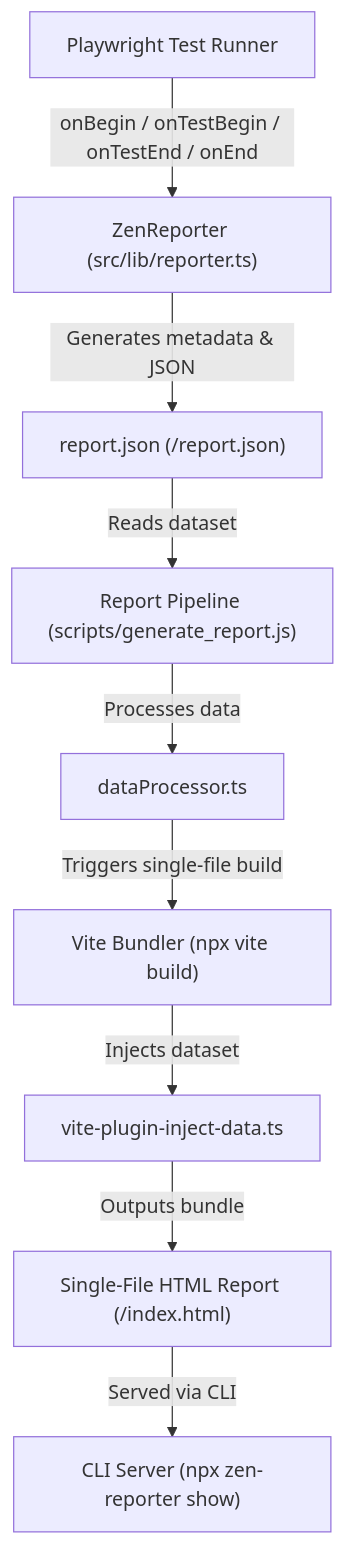
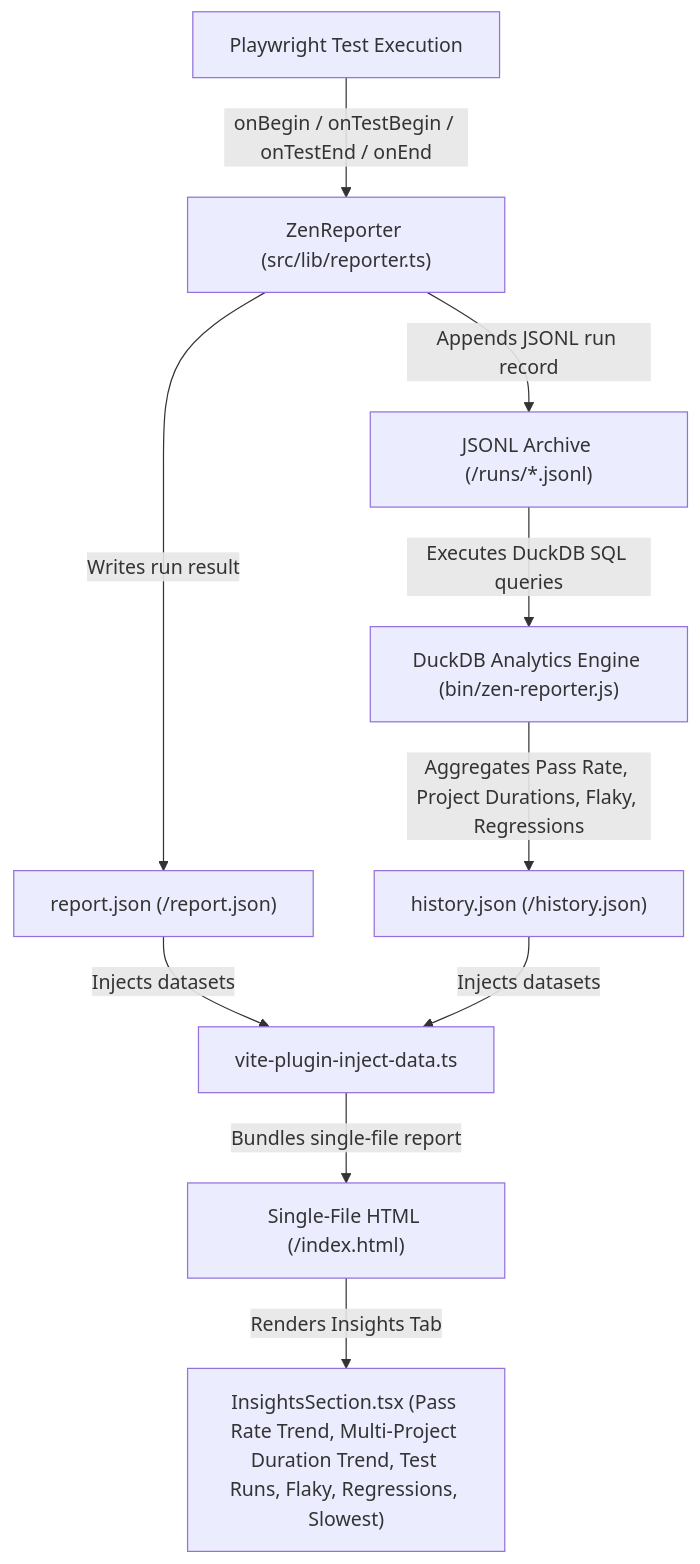
One commit to apatelia/zen-reporter changed the diagram in docs/architecture.md. Above: the diagram before and after it, drawn with Mermaid. The commit also changed other lines of this file and 62 other files, not shown here.

````diff
--- a/docs/architecture.md
+++ b/docs/architecture.md
@@ -55,11 +85,11 @@
 ```mermaid
 flowchart TD
-    A["Playwright Test Runner"] -->|onBegin / onTestBegin / onTestEnd / onEnd| B["ZenReporter (src/lib/reporter.ts)"]
-    B -->|Generates metadata & JSON| C["report.json (<outputDir>/report.json)"]
-    C -->|Reads dataset| D["Report Pipeline (scripts/generate_report.js)"]
-    D -->|Processes data| E["dataProcessor.ts"]
-    E -->|Triggers single-file build| F["Vite Bundler (npx vite build)"]
-    F -->|Injects dataset| G["vite-plugin-inject-data.ts"]
-    G -->|Outputs bundle| H["Single-File HTML Report (<outputDir>/index.html)"]
-    H -->|Served via CLI| I["CLI Server (npx zen-reporter show)"]
+    A["Playwright Test Execution"] -->|onBegin / onTestBegin / onTestEnd / onEnd| B["ZenReporter (src/lib/reporter.ts)"]
+    B -->|Writes run result| C["report.json (<outputDir>/report.json)"]
+    B -->|Appends JSONL run record| D["JSONL Archive (<outputDir>/runs/*.jsonl)"]
+    D -->|Executes DuckDB SQL queries| E["DuckDB Analytics Engine (bin/zen-reporter.js)"]
+    E -->|Aggregates Pass Rate, Project Durations, Flaky, Regressions| F["history.json (<outputDir>/history.json)"]
+    C & F -->|Injects datasets| G["vite-plugin-inject-data.ts"]
+    G -->|Bundles single-file report| H["Single-File HTML (<outputDir>/index.html)"]
+    H -->|Renders Insights Tab| I["InsightsSection.tsx (Pass Rate Trend, Multi-Project Duration Trend, Test Runs, Flaky, Regressions, Slowest)"]
 ```
````
